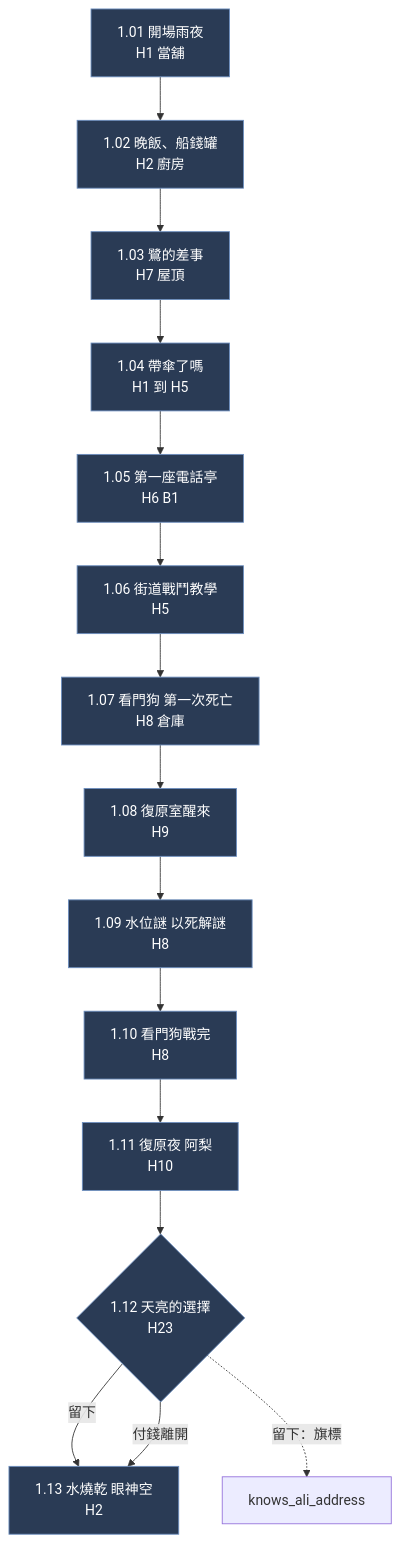
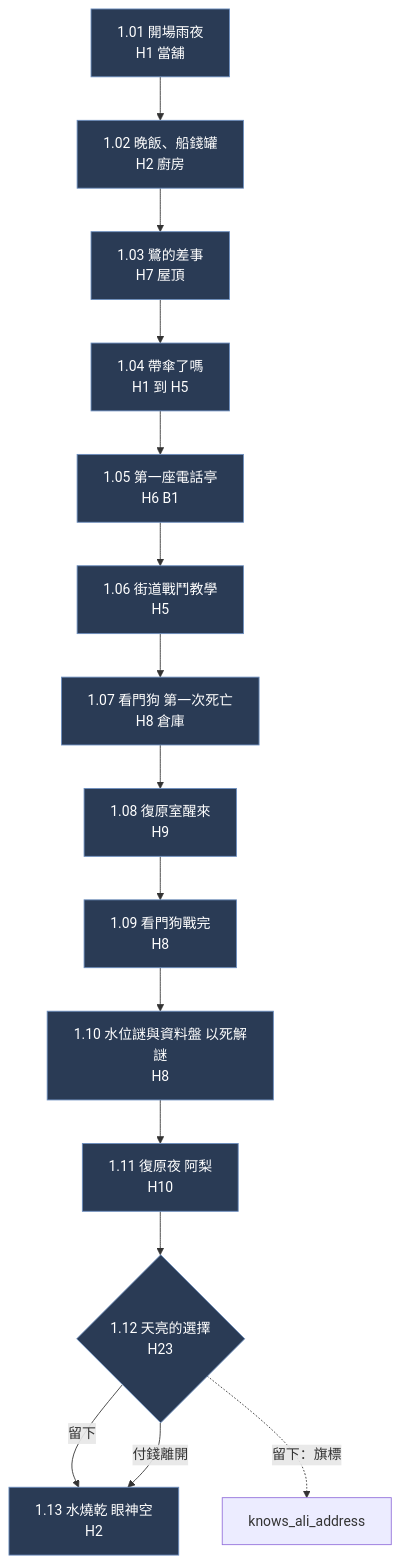
Before and after one commit to deadline314/Nest-Egg: the second of 10 diagrams in design/13-story-v2/EVENTS.md, drawn with Mermaid. The commit also changed other lines of this file and 9 other files, not shown here.

Commit message:
[ST-4] 第一章地圖與關卡設計：8 個區域的尺寸與版面、連接圖、敵人名單與難度曲線、道具、水位謎、世界規則；開票 ST-4～ST-9；劇本 1.09 與 1.10 對調

````diff
--- a/design/13-story-v2/EVENTS.md
+++ b/design/13-story-v2/EVENTS.md
@@ -74,19 +74,19 @@
 ```mermaid
 flowchart TB
   E101["1.01 開場雨夜<br/>H1 當舖"] --> E102["1.02 晚飯、船錢罐<br/>H2 廚房"]
   E102 --> E103["1.03 鷺的差事<br/>H7 屋頂"]
   E103 --> E104["1.04 帶傘了嗎<br/>H1 到 H5"]
   E104 --> E105["1.05 第一座電話亭<br/>H6 B1"]
   E105 --> E106["1.06 街道戰鬥教學<br/>H5"]
   E106 --> E107["1.07 看門狗 第一次死亡<br/>H8 倉庫"]
   E107 --> E108["1.08 復原室醒來<br/>H9"]
-  E108 --> E109["1.09 水位謎 以死解謎<br/>H8"]
-  E109 --> E110["1.10 看門狗戰完<br/>H8"]
+  E108 --> E109["1.09 看門狗戰完<br/>H8"]
+  E109 --> E110["1.10 水位謎與資料盤 以死解謎<br/>H8"]
   E110 --> E111["1.11 復原夜 阿梨<br/>H10"]
   E111 --> E112{"1.12 天亮的選擇<br/>H23"}
   E112 -->|"留下"| E113["1.13 水燒乾 眼神空<br/>H2"]
   E112 -->|"付錢離開"| E113
   E112 -.->|"留下：旗標"| F1["knows_ali_address"]
   classDef h fill:#2a3b55,stroke:#6c8ebf,color:#fff
   class E101,E102,E103,E104,E105,E106,E107,E108,E109,E110,E111,E112,E113 h
 ```
````
